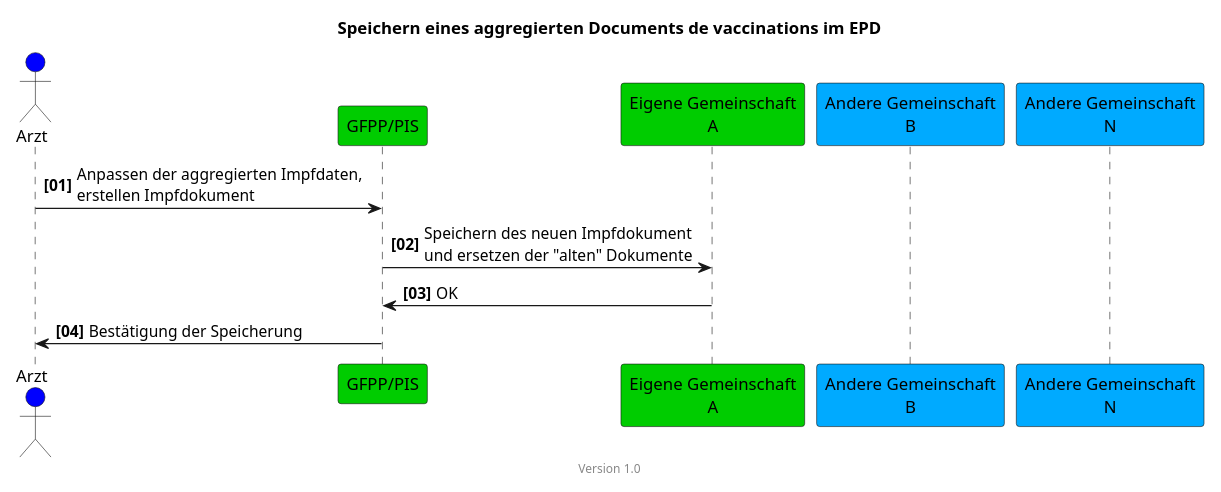
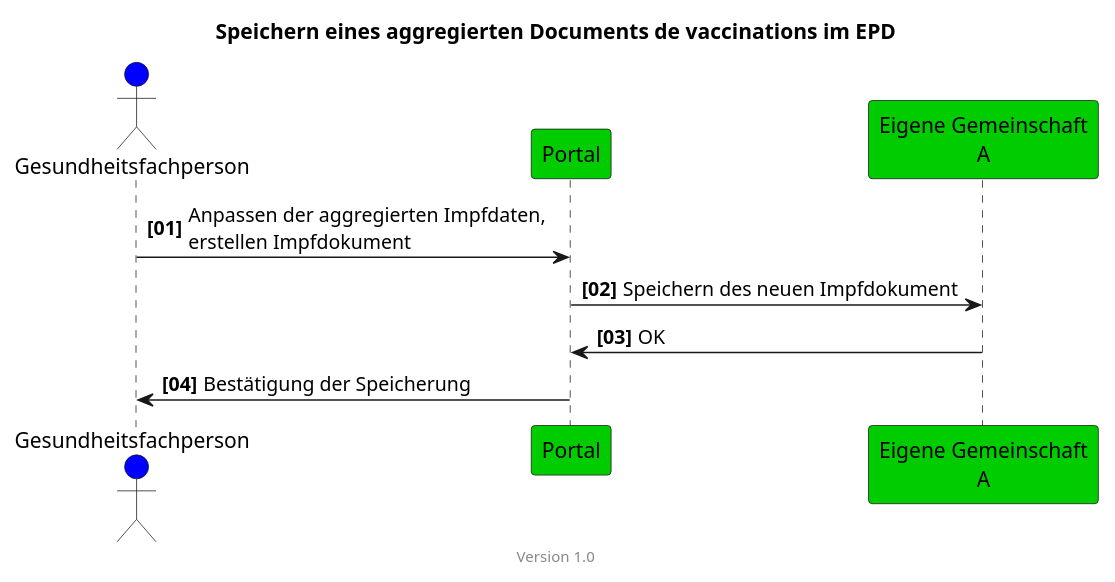
Before and after one commit to hl7ch/ch-vacd: the diagram in input/images-source/epd-save-and-replace-vaccination-doc-simple-de.plantuml, drawn with PlantUML. The commit also changed 12 other files, not shown here.

```diff
--- a/input/images-source/epd-save-and-replace-vaccination-doc-simple-de.plantuml
+++ b/input/images-source/epd-save-and-replace-vaccination-doc-simple-de.plantuml
@@ -1,27 +1,27 @@
 @startuml
 title Speichern eines aggregierten Documents de vaccinations im EPD
 footer Version 1.0
 skinparam responseMessageBelowArrow true
 scale max 800 width
 
-actor Arzt #blue
-participant "GFPP/PIS" #00CC00
+actor Gesundheitsfachperson AS Arzt #blue
+participant "Portal" #00CC00
 participant "Eigene Gemeinschaft\nA" #00CC00
-participant "Andere Gemeinschaft\nB" #00aaff
-participant "Andere Gemeinschaft\nN" #00aaff
+' participant "Andere Gemeinschaft\nB" #00aaff
+' participant "Andere Gemeinschaft\nN" #00aaff
 
 autonumber "<b>[00]"
-Arzt -> "GFPP/PIS": Anpassen der aggregierten Impfdaten,\nerstellen Impfdokument
-"GFPP/PIS" -> "Eigene Gemeinschaft\nA": Speichern des neuen Impfdokument\nund ersetzen der "alten" Dokumente
-"Eigene Gemeinschaft\nA" -> "GFPP/PIS": OK
+Arzt -> "Portal": Anpassen der aggregierten Impfdaten,\nerstellen Impfdokument
+"Portal" -> "Eigene Gemeinschaft\nA": Speichern des neuen Impfdokument
+"Eigene Gemeinschaft\nA" -> "Portal": OK
 
 ' loop
 ' "GFPP/PIS" -> "Andere Gemeinschaft\nB": Setzen der "alten" Impfdokumente auf "VERALTET"
 ' "Andere Gemeinschaft\nB" -> "GFPP/PIS": OK
 
 ' "GFPP/PIS" -> "Andere Gemeinschaft\nN": Setzen der "alten" Impfdokumente auf "VERALTET"
 ' "Andere Gemeinschaft\nN" -> "GFPP/PIS": OK
 ' end
-"GFPP/PIS" -> Arzt: Bestätigung der Speicherung
+"Portal" -> Arzt: Bestätigung der Speicherung
 
 @enduml
```
